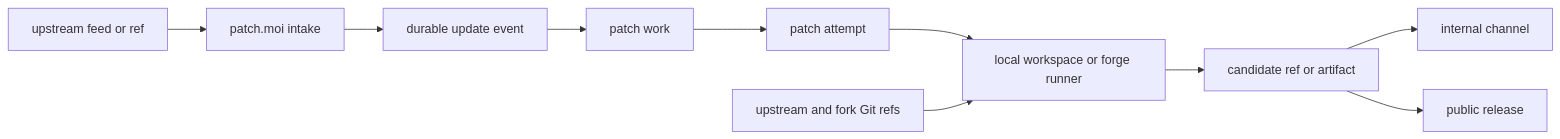
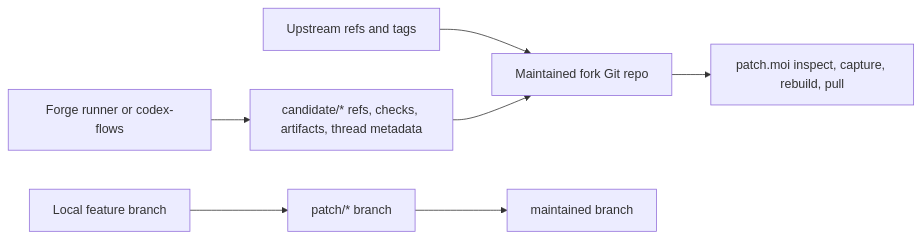
Before and after one commit to peezy-tech/patch.moi: the diagram in docs/pages/index.md, drawn with Mermaid. The commit also changed other lines of this file and 74 other files, not shown here.

Commit message:
Make patch moi stateless Git porcelain

````diff
--- a/docs/pages/index.md
+++ b/docs/pages/index.md
@@ -21,12 +20,9 @@
 ```mermaid
 flowchart LR
-  Upstream["upstream feed or ref"] --> Patch["patch.moi intake"]
-  Patch --> Event["durable update event"]
-  Event --> Work["patch work"]
-  Work --> Attempt["patch attempt"]
-  Attempt --> Workspace["local workspace or forge runner"]
-  Git["upstream and fork Git refs"] --> Workspace
-  Workspace --> Candidate["candidate ref or artifact"]
-  Candidate --> Internal["internal channel"]
-  Candidate --> Public["public release"]
+  Upstream["Upstream refs and tags"] --> Git["Maintained fork Git repo"]
+  Feature["Local feature branch"] --> Patch["patch/* branch"]
+  Runner["Forge runner or codex-flows"] --> Candidate["candidate/* refs, checks, artifacts, thread metadata"]
+  Patch --> Main["maintained branch"]
+  Candidate --> Git
+  Git --> Inspect["patch.moi inspect, capture, rebuild, pull"]
 ```
````
